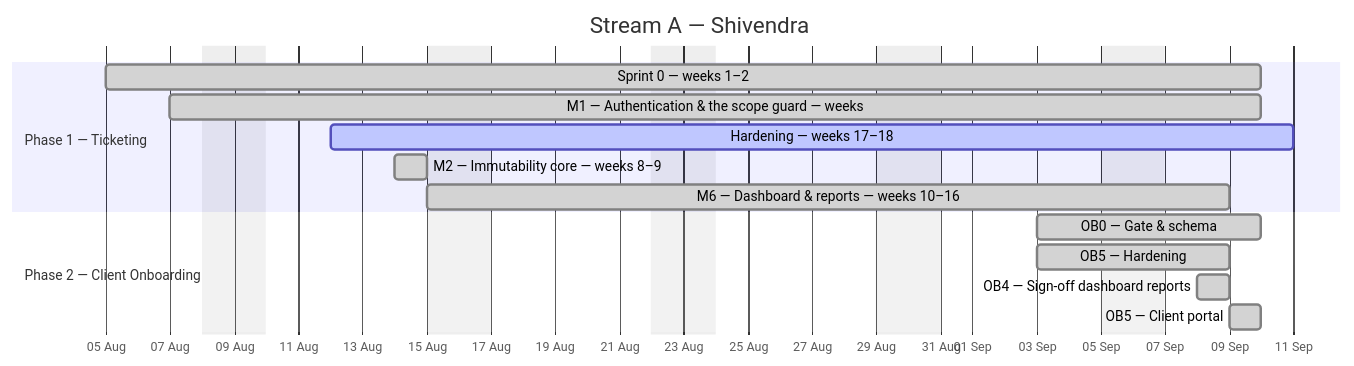
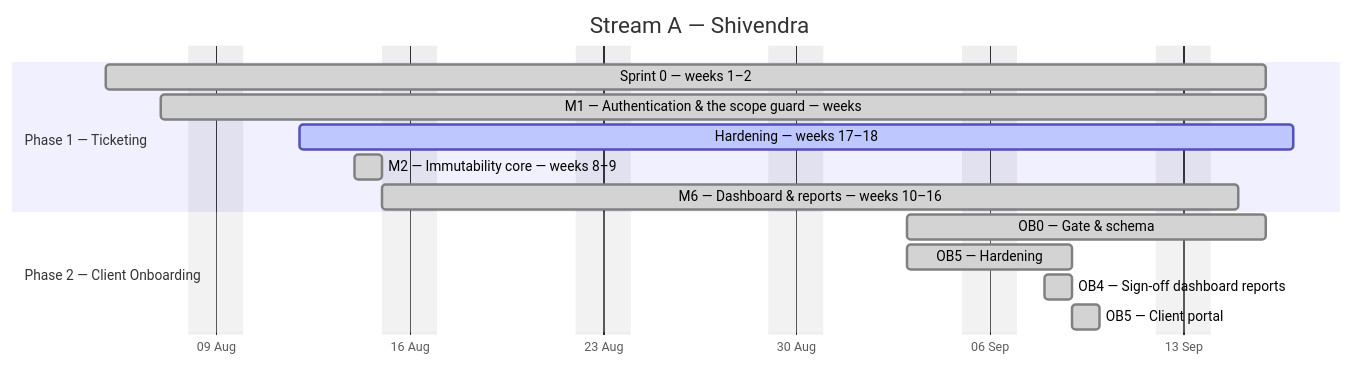
The first of 4 diagrams in docs/plan/GANTT.md (debashisedunext/EduTrack), drawn with Mermaid before and after one commit. The commit also changed other lines of this file and 2 other files, not shown here.

````diff
--- a/docs/plan/GANTT.md
+++ b/docs/plan/GANTT.md
@@ -114,18 +114,18 @@
 ```mermaid
 gantt
     dateFormat YYYY-MM-DD
     axisFormat %d %b
     title Stream A — Shivendra
     excludes weekends
     section Phase 1 — Ticketing
-    Sprint 0 — weeks 1–2 :done, a0, 2026-08-05, 26d
-    M1 — Authentication & the scope guard — weeks :done, a1, 2026-08-07, 24d
-    Hardening — weeks 17–18 :active, a2, 2026-08-12, 22d
+    Sprint 0 — weeks 1–2 :done, a0, 2026-08-05, 30d
+    M1 — Authentication & the scope guard — weeks :done, a1, 2026-08-07, 28d
+    Hardening — weeks 17–18 :active, a2, 2026-08-12, 26d
     M2 — Immutability core — weeks 8–9 :done, a3, 2026-08-14, 1d
-    M6 — Dashboard & reports — weeks 10–16 :done, a4, 2026-08-15, 18d
+    M6 — Dashboard & reports — weeks 10–16 :done, a4, 2026-08-15, 22d
     section Phase 2 — Client Onboarding
-    OB0 — Gate & schema :done, a5, 2026-09-03, 5d
+    OB0 — Gate & schema :done, a5, 2026-09-03, 9d
     OB5 — Hardening :done, a6, 2026-09-03, 4d
     OB4 — Sign-off  dashboard  reports :done, a7, 2026-09-08, 1d
     OB5 — Client portal :done, a8, 2026-09-09, 1d
 ```
````
